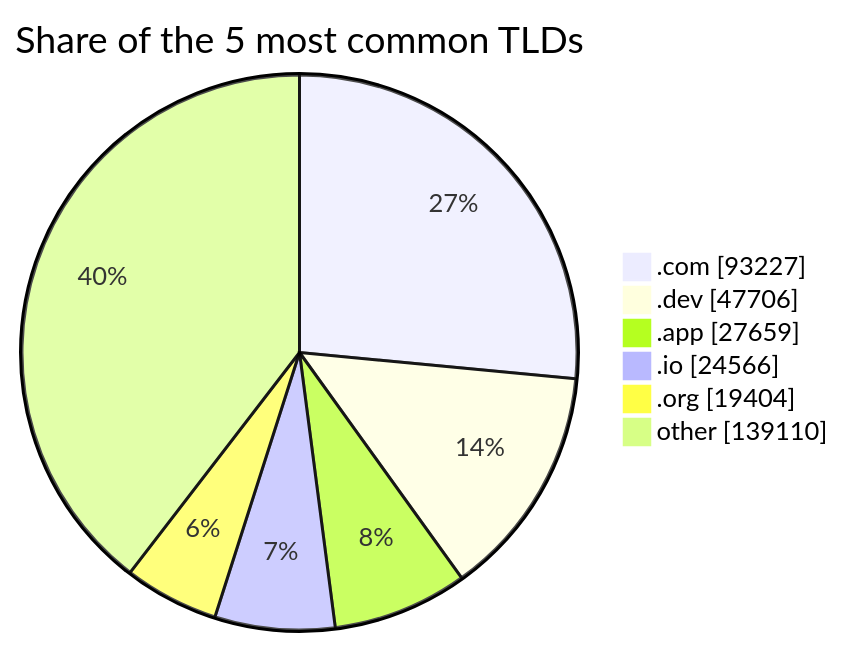
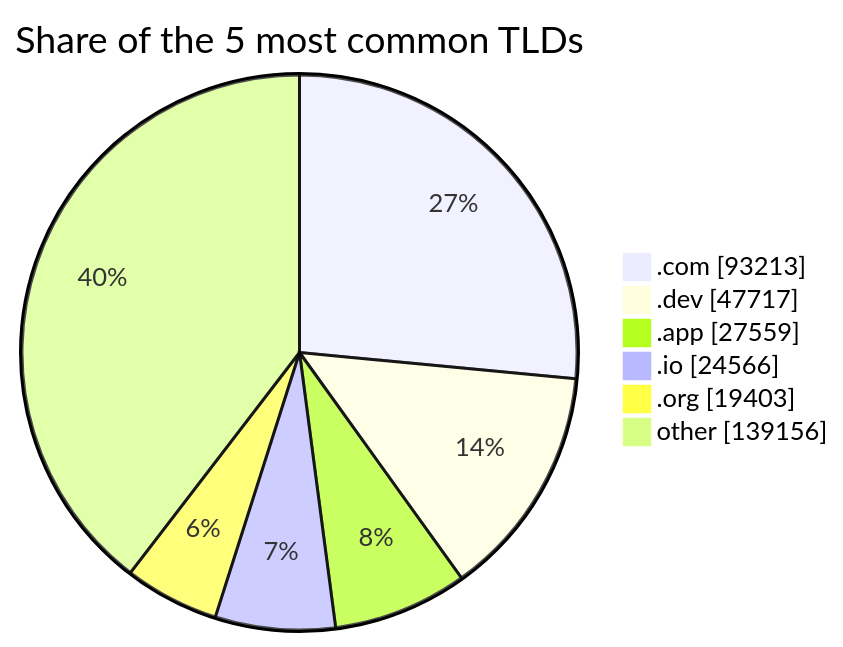
One commit to DNSBunker/CTI changed the third of 3 diagrams in README.md. Above: the diagram before and after it, drawn with Mermaid. The commit also changed other lines of this file and 3 other files, not shown here.

````diff
--- a/README.md
+++ b/README.md
@@ -81,9 +81,9 @@
 ```mermaid
 pie showData title Share of the 5 most common TLDs
-    ".com" : 93227
-    ".dev" : 47706
-    ".app" : 27659
+    ".com" : 93213
+    ".dev" : 47717
+    ".app" : 27559
     ".io" : 24566
-    ".org" : 19404
-    "other" : 139110
+    ".org" : 19403
+    "other" : 139156
 ```
````
